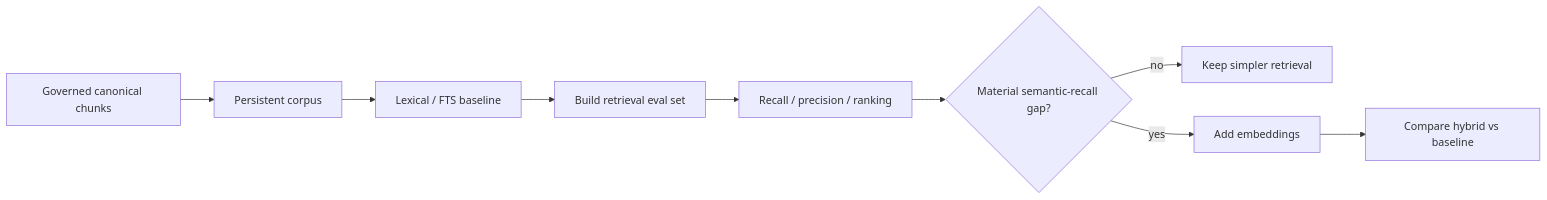
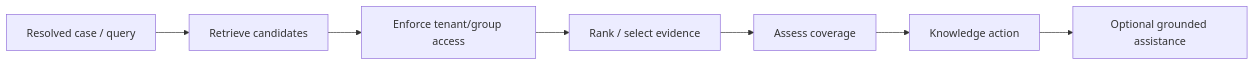
One commit to kumarchandansingh/tropos changed the third of 5 diagrams in docs/architecture/RAG_ARCHITECTURE.md. Above: the diagram before and after it, drawn with Mermaid. The commit also changed other lines of this file and 13 other files, not shown here.

````diff
--- a/docs/architecture/RAG_ARCHITECTURE.md
+++ b/docs/architecture/RAG_ARCHITECTURE.md
@@ -125,12 +65,10 @@
 ```mermaid
 flowchart LR
-    Chunk[Governed canonical chunks]
-    --> Persist[Persistent corpus]
-    --> FTS[Lexical / FTS baseline]
-    --> Dataset[Build retrieval eval set]
-    --> Measure[Recall / precision / ranking]
-    --> Gap{Material semantic-recall gap?}
-    Gap -- no --> Keep[Keep simpler retrieval]
-    Gap -- yes --> Embed[Add embeddings]
-    Embed --> Hybrid[Compare hybrid vs baseline]
+    Case[Resolved case / query]
+    --> Search[Retrieve candidates]
+    --> Access[Enforce tenant/group access]
+    --> Rank[Rank / select evidence]
+    --> Coverage[Assess coverage]
+    --> Policy[Knowledge action]
+    --> Assist[Optional grounded assistance]
 ```
````
